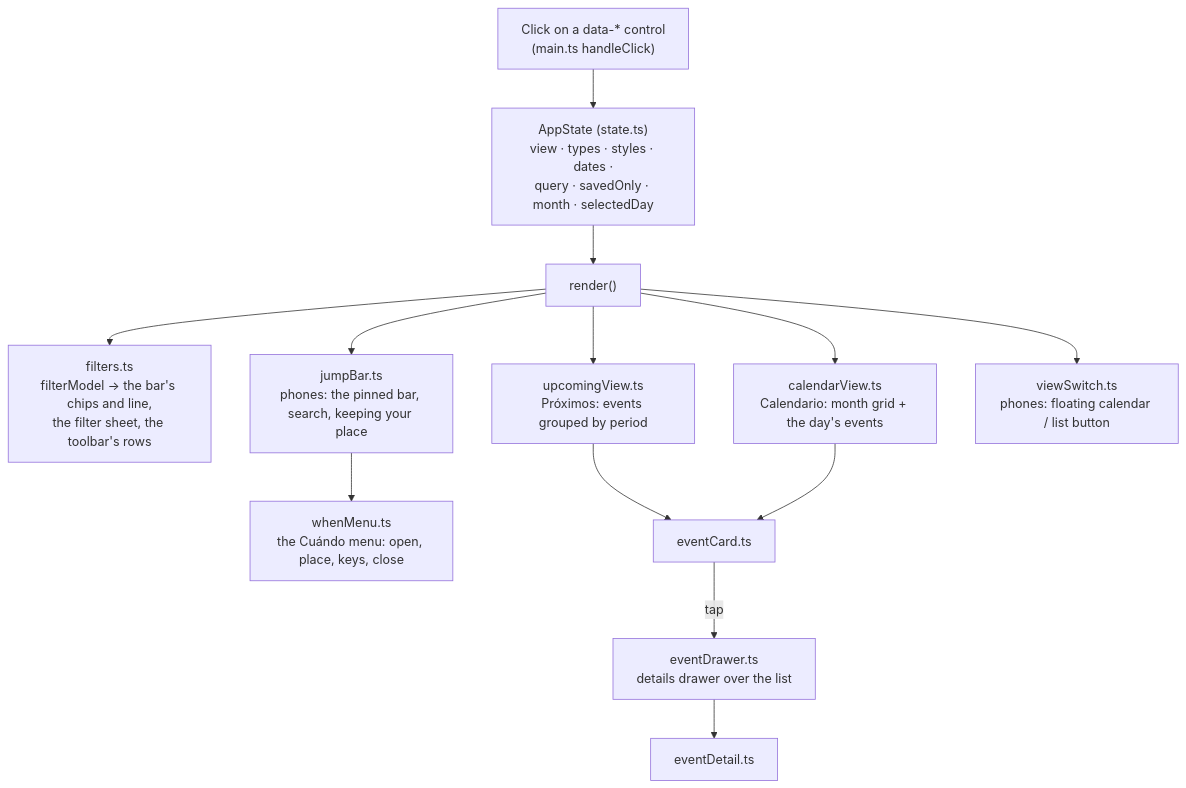
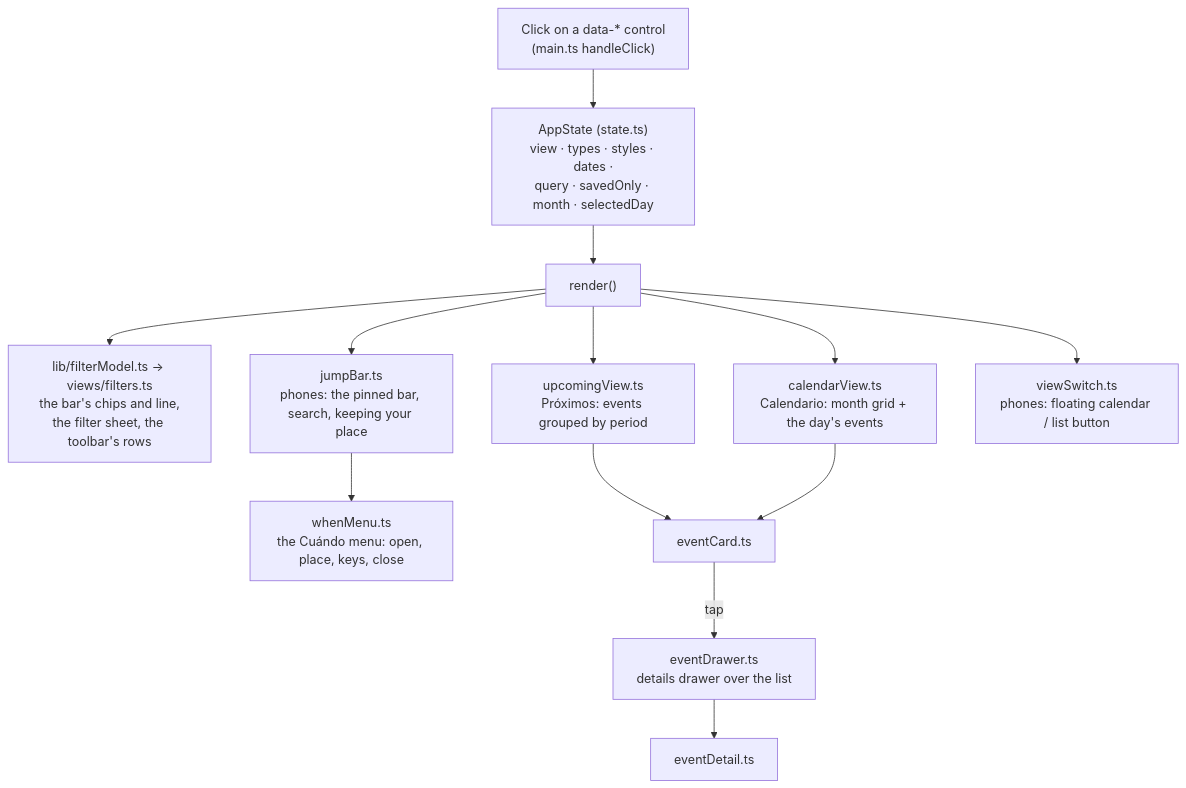
Before and after one commit to pa-bailar/pa-bailar.github.io: the seventh of 9 diagrams in docs/ARCHITECTURE.md, drawn with Mermaid. The commit also changed other lines of this file and 63 other files, not shown here.

````diff
--- a/docs/ARCHITECTURE.md
+++ b/docs/ARCHITECTURE.md
@@ -352,16 +353,16 @@
 ```mermaid
 flowchart TD
     ST["AppState (state.ts)<br/>view · types · styles · dates ·<br/>query · savedOnly · month · selectedDay"]
     CLICK["Click on a data-* control<br/>(main.ts handleClick)"] --> ST
     ST --> R["render()"]
-    R --> F["filters.ts<br/>filterModel → the bar's chips and line,<br/>the filter sheet, the toolbar's rows"]
+    R --> F["lib/filterModel.ts → views/filters.ts<br/>the bar's chips and line,<br/>the filter sheet, the toolbar's rows"]
     R --> U["upcomingView.ts<br/>Próximos: events grouped by period"]
     R --> C["calendarView.ts<br/>Calendario: month grid + the day's events"]
     R --> J["jumpBar.ts<br/>phones: the pinned bar, search, keeping your place"]
     J --> WM["whenMenu.ts<br/>the Cuándo menu: open, place, keys, close"]
     R --> VS["viewSwitch.ts<br/>phones: floating calendar / list button"]
     U --> CARD["eventCard.ts"]
     C --> CARD
     CARD -- "tap" --> DLG["eventDrawer.ts<br/>details drawer over the list"]
     DLG --> DET["eventDetail.ts"]
 ```
````
